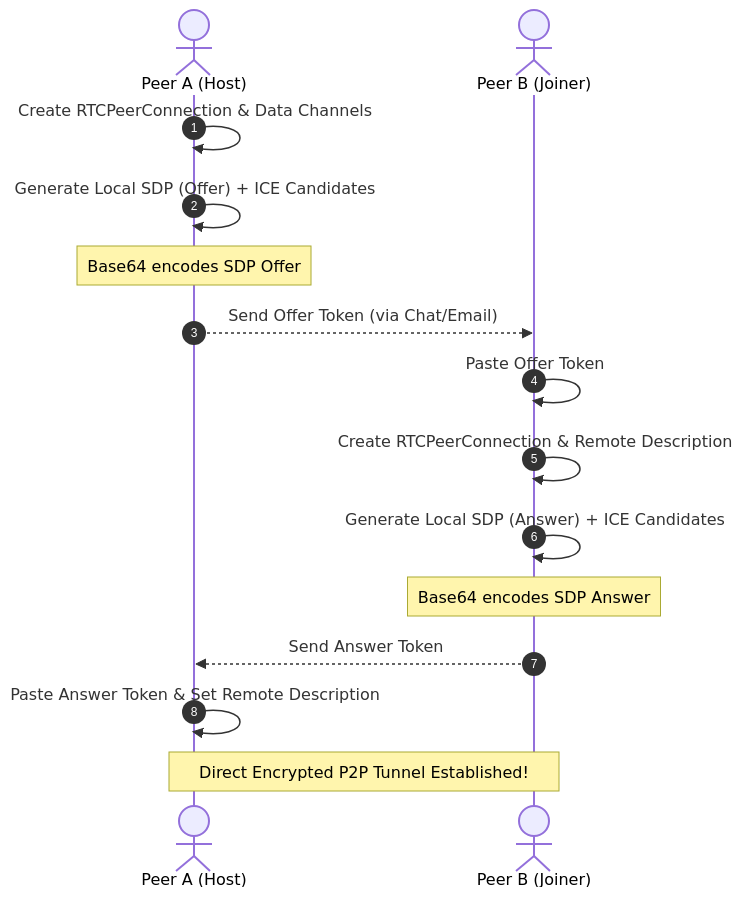
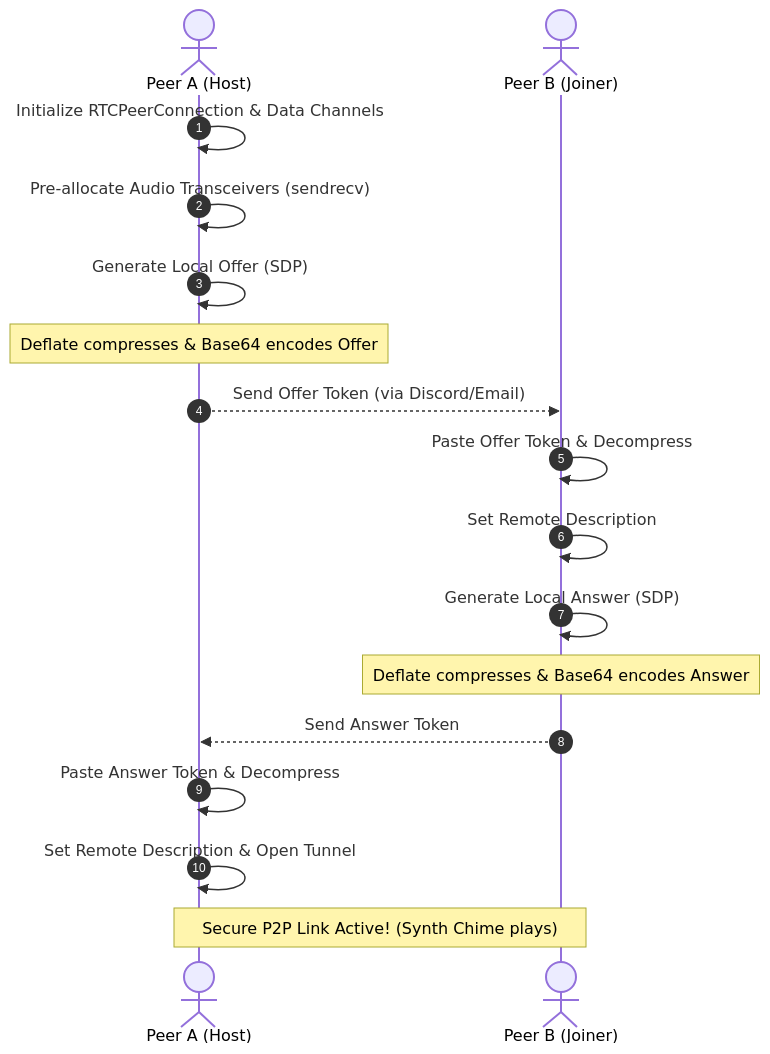
Before and after one commit to aadi1105/p2p-dead-drop: the diagram in README.md, drawn with Mermaid. The commit also changed other lines of this file, not shown here.

Commit message:
Docs: update README.md with retro terminal theme, VoIP audio, self-destruct, and CLI command features

````diff
--- a/README.md
+++ b/README.md
@@ -22,18 +32,20 @@
 ```mermaid
 sequenceDiagram
     autonumber
     actor Host as Peer A (Host)
     actor Joiner as Peer B (Joiner)
     
-    Host->>Host: Create RTCPeerConnection & Data Channels
-    Host->>Host: Generate Local SDP (Offer) + ICE Candidates
-    Note over Host: Base64 encodes SDP Offer
-    Host-->>Joiner: Send Offer Token (via Chat/Email)
-    Joiner->>Joiner: Paste Offer Token
-    Joiner->>Joiner: Create RTCPeerConnection & Remote Description
-    Joiner->>Joiner: Generate Local SDP (Answer) + ICE Candidates
-    Note over Joiner: Base64 encodes SDP Answer
+    Host->>Host: Initialize RTCPeerConnection & Data Channels
+    Host->>Host: Pre-allocate Audio Transceivers (sendrecv)
+    Host->>Host: Generate Local Offer (SDP)
+    Note over Host: Deflate compresses & Base64 encodes Offer
+    Host-->>Joiner: Send Offer Token (via Discord/Email)
+    Joiner->>Joiner: Paste Offer Token & Decompress
+    Joiner->>Joiner: Set Remote Description
+    Joiner->>Joiner: Generate Local Answer (SDP)
+    Note over Joiner: Deflate compresses & Base64 encodes Answer
     Joiner-->>Host: Send Answer Token
-    Host->>Host: Paste Answer Token & Set Remote Description
-    Note over Host, Joiner: Direct Encrypted P2P Tunnel Established!
+    Host->>Host: Paste Answer Token & Decompress
+    Host->>Host: Set Remote Description & Open Tunnel
+    Note over Host, Joiner: Secure P2P Link Active! (Synth Chime plays)
 ```
````
